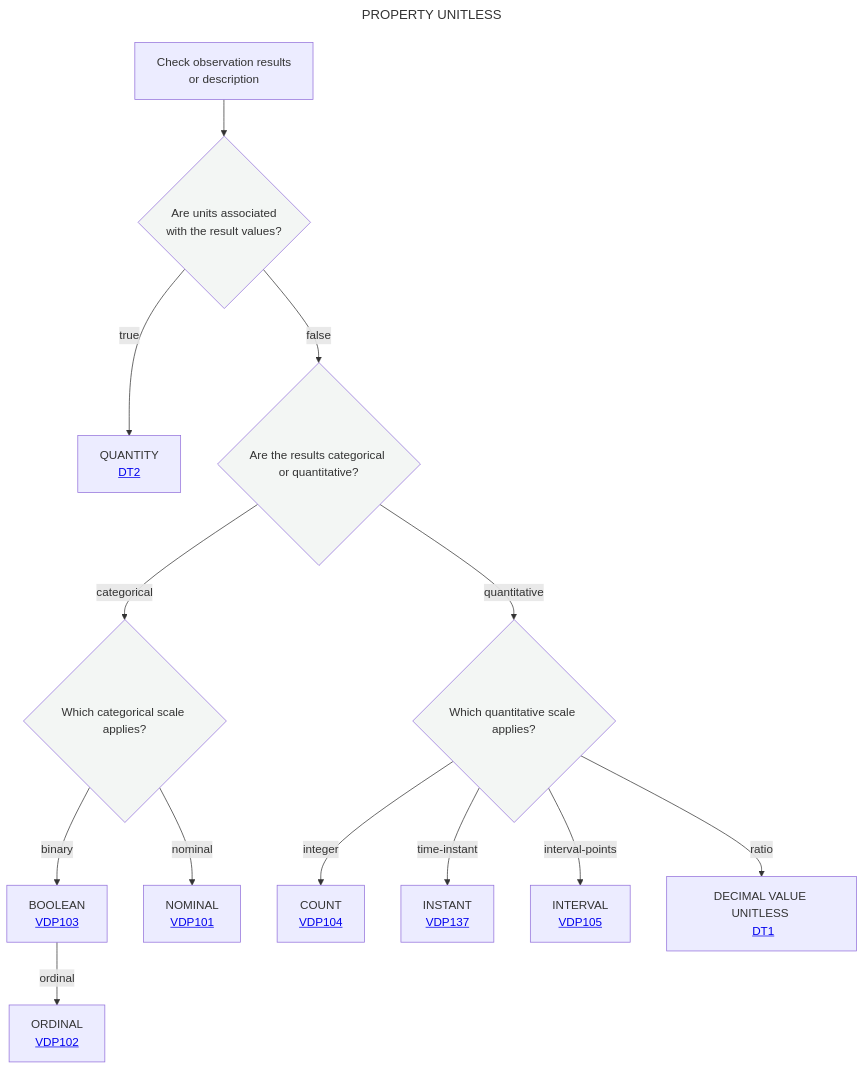
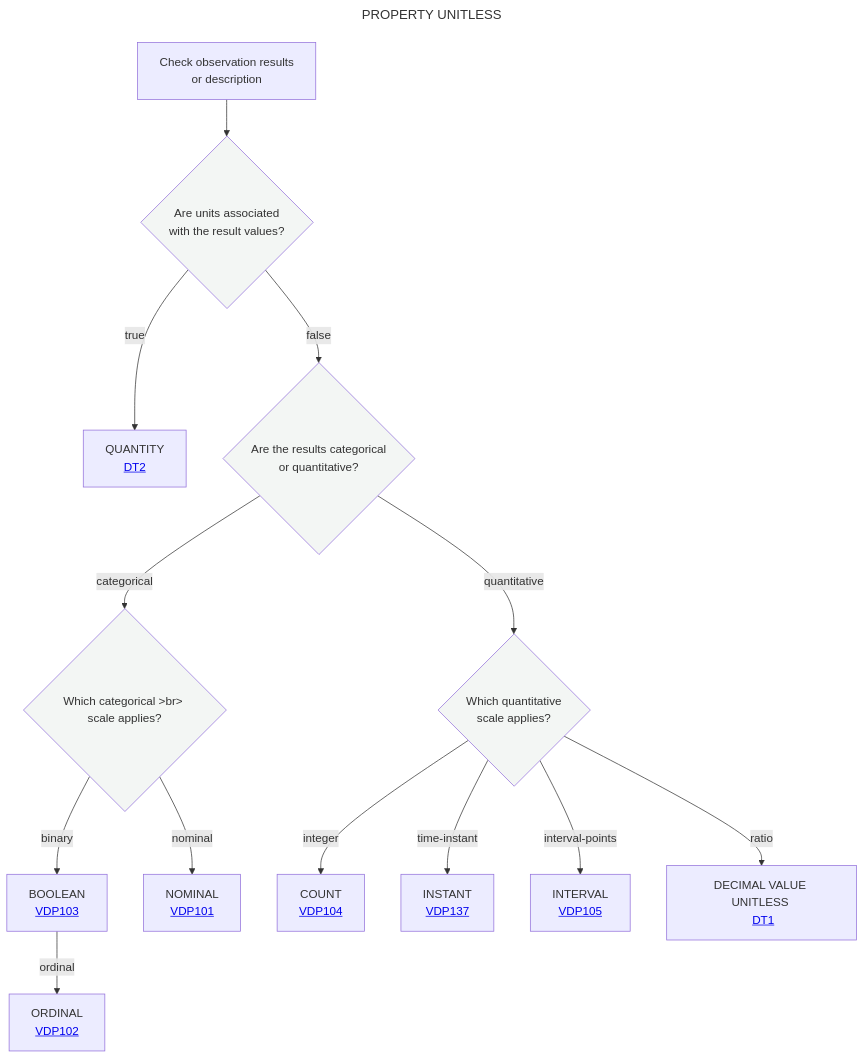
The diagram in Decisition_trees/dttest.mmd (mabablue/I-ADOPT-patterns-playground), drawn with Mermaid before and after one commit.

Commit message:
Improve clarity in decision tree labels

```diff
--- a/Decisition_trees/dttest.mmd
+++ b/Decisition_trees/dttest.mmd
@@ -1,27 +1,27 @@
 ---
 title: PROPERTY UNITLESS
 ---
 flowchart TD
     A[Check observation results <br> or description] --> B{Are units associated <br> with the result values?}:::white
     
     %% Branch: Units Present -> QUANTITY (Ratio Scale with Units)
     B --> |true|N[QUANTITY <br> <a href='https://github.com/mabablue/I-ADOPT-patterns-playground/blob/main/Decisition_trees/DT2.mmd'>DT2</a><br>]
     
     %% Branch: Unitless Path
-    B --> |false|C{Are the results categorical or quantitative?}:::white
+    B --> |false|C{Are the results categorical <br> or quantitative?}:::white
     
     %% Categorical Branch (Binary, Nominal, Ordinal)
-    C -- categorical --> D{Which categorical scale applies?}:::white
+    C -- categorical --> D{Which categorical >br> scale applies?}:::white
     D -- binary --> E[BOOLEAN <br> <a href='https://github.com/mabablue/I-ADOPT-patterns-playground/blob/main/pattern/VDP103.yaml'>VDP103</a><br>]
     D -- nominal -->F[NOMINAL <br> <a href='https://github.com/mabablue/I-ADOPT-patterns-playground/blob/main/pattern/VDP101.yaml'>VDP101</a><br>]
     E -- ordinal -->G[ORDINAL <br> <a href='https://github.com/mabablue/I-ADOPT-patterns-playground/blob/main/pattern/VDP102.yaml'>VDP102</a><br>]
-    C -- quantitative -->H{Which quantitative scale applies?}:::white
+    C -- quantitative -->H{Which quantitative <br> scale applies?}:::white
     H -- integer -->I[COUNT <br> <a href='https://github.com/mabablue/I-ADOPT-patterns-playground/blob/main/pattern/VDP104.yaml'>VDP104</a><br>]
     H -- time-instant -->K[INSTANT <br> <a href='https://github.com/mabablue/I-ADOPT-patterns-playground/blob/main/pattern/VDP137.yaml'>VDP137</a><br>]
     H -- interval-points -->L[INTERVAL <br> <a href='https://github.com/mabablue/I-ADOPT-patterns-playground/blob/main/pattern/VDP105.yaml'>VDP105</a><br>]
     H -- ratio -->M[DECIMAL VALUE UNITLESS <br> <a href='https://github.com/mabablue/I-ADOPT-patterns-playground/blob/main/Decisition_trees/DT1.mmd'>DT1</a><br>]
 
     classDef blue fill:#90D5FF
     classDef satblue fill:#57B9FF
     classDef white fill:#f3f6f4
     classDef green fill:#6aa84f
```
